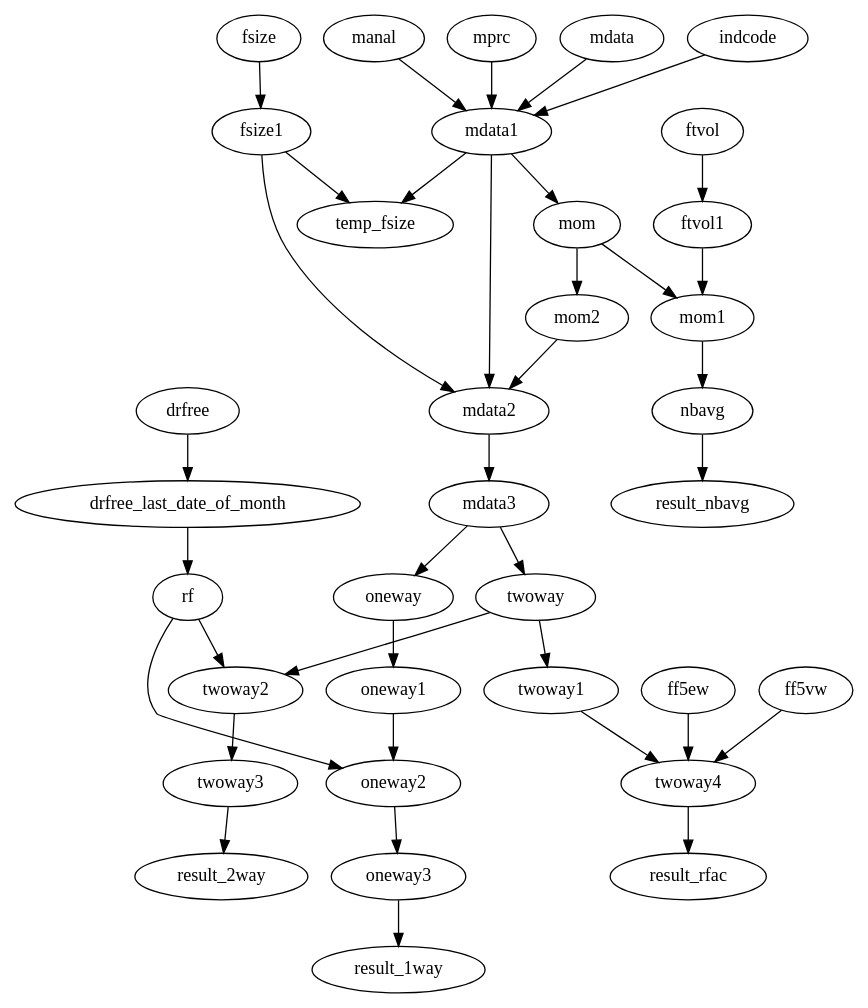
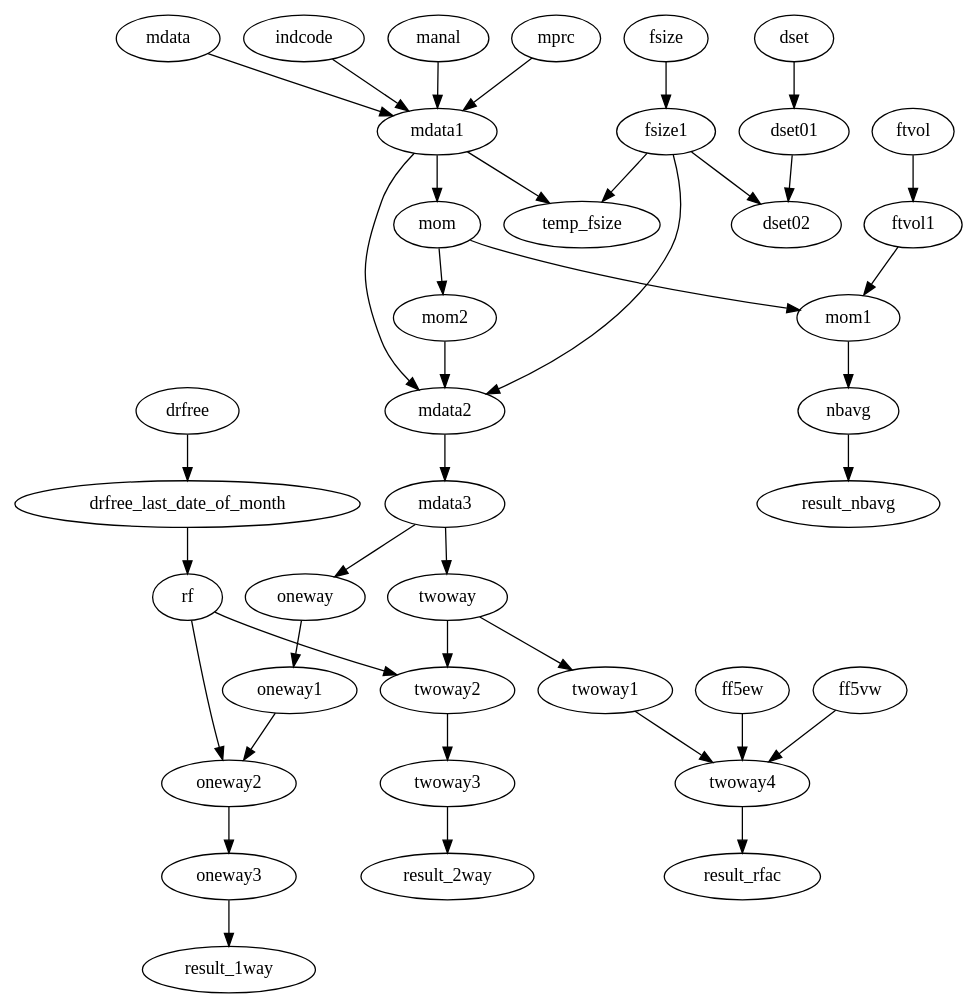
The diagram in workspace/workspace.gv (nalssee/misplacing), drawn with Graphviz before and after one commit. The commit also changed 4 other files, not shown here.

```diff
--- a/workspace/workspace.gv
+++ b/workspace/workspace.gv
@@ -1,67 +1,72 @@
 digraph {
 	drfree [label=drfree]
 	drfree -> drfree_last_date_of_month
 	drfree_last_date_of_month [label=drfree_last_date_of_month]
 	drfree_last_date_of_month -> rf
 	mdata [label=mdata]
 	mdata -> mdata1
 	indcode [label=indcode]
 	indcode -> mdata1
 	manal [label=manal]
 	manal -> mdata1
 	mprc [label=mprc]
 	mprc -> mdata1
 	mdata1 [label=mdata1]
+	mdata1 -> temp_fsize
 	mdata1 -> mdata2
-	mdata1 -> temp_fsize
 	mdata1 -> mom
 	ftvol [label=ftvol]
 	ftvol -> ftvol1
 	mom [label=mom]
 	mom -> mom1
 	mom -> mom2
 	ftvol1 [label=ftvol1]
 	ftvol1 -> mom1
 	mom1 [label=mom1]
 	mom1 -> nbavg
 	nbavg [label=nbavg]
 	nbavg -> result_nbavg
 	fsize [label=fsize]
 	fsize -> fsize1
 	fsize1 [label=fsize1]
 	fsize1 -> mdata2
+	fsize1 -> dset02
 	fsize1 -> temp_fsize
 	mom2 [label=mom2]
 	mom2 -> mdata2
 	mdata2 [label=mdata2]
 	mdata2 -> mdata3
 	mdata3 [label=mdata3]
 	mdata3 -> oneway
 	mdata3 -> twoway
 	oneway [label=oneway]
 	oneway -> oneway1
 	oneway1 [label=oneway1]
 	oneway1 -> oneway2
 	rf [label=rf]
 	rf -> oneway2
 	rf -> twoway2
 	oneway2 [label=oneway2]
 	oneway2 -> oneway3
 	oneway3 [label=oneway3]
 	oneway3 -> result_1way
 	twoway [label=twoway]
+	twoway -> twoway1
 	twoway -> twoway2
-	twoway -> twoway1
 	twoway2 [label=twoway2]
 	twoway2 -> twoway3
 	twoway3 [label=twoway3]
 	twoway3 -> result_2way
 	twoway1 [label=twoway1]
 	twoway1 -> twoway4
 	ff5ew [label=ff5ew]
 	ff5ew -> twoway4
 	ff5vw [label=ff5vw]
 	ff5vw -> twoway4
 	twoway4 [label=twoway4]
 	twoway4 -> result_rfac
+	dset [label=dset]
+	dset -> dset01
+	dset01 [label=dset01]
+	dset01 -> dset02
 }
```
